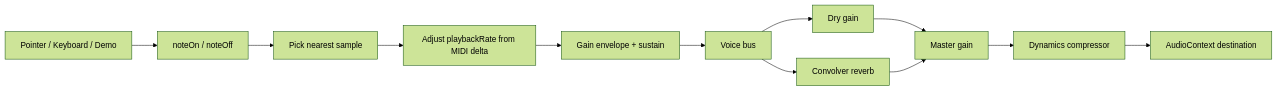
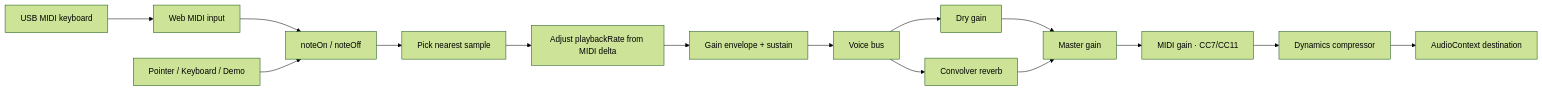
The first of 2 diagrams in README.md (Ikyletwar/grand-piano-88), drawn with Mermaid (forest theme) before and after one commit. The commit also changed other lines of this file and 4 other files, not shown here.

Commit message:
Add Web MIDI input with source-aware voice ownership

````diff
--- a/README.md
+++ b/README.md
@@ -200,14 +205,17 @@
 ```mermaid
 flowchart LR
-  INPUT[Pointer / Keyboard / Demo] --> ENGINE[noteOn / noteOff]
+  MIDI[USB MIDI keyboard] --> PARSE[Web MIDI input]
+  PARSE --> ENGINE[noteOn / noteOff]
+  INPUT[Pointer / Keyboard / Demo] --> ENGINE
   ENGINE --> PICK[Pick nearest sample]
   PICK --> RATE[Adjust playbackRate from MIDI delta]
   RATE --> ENV[Gain envelope + sustain]
   ENV --> BUS[Voice bus]
   BUS --> DRY[Dry gain]
   BUS --> VERB[Convolver reverb]
   DRY --> MASTER[Master gain]
   VERB --> MASTER
-  MASTER --> COMP[Dynamics compressor]
+  MASTER --> MIDIVOL[MIDI gain · CC7/CC11]
+  MIDIVOL --> COMP[Dynamics compressor]
   COMP --> OUT[AudioContext destination]
 ```
````
